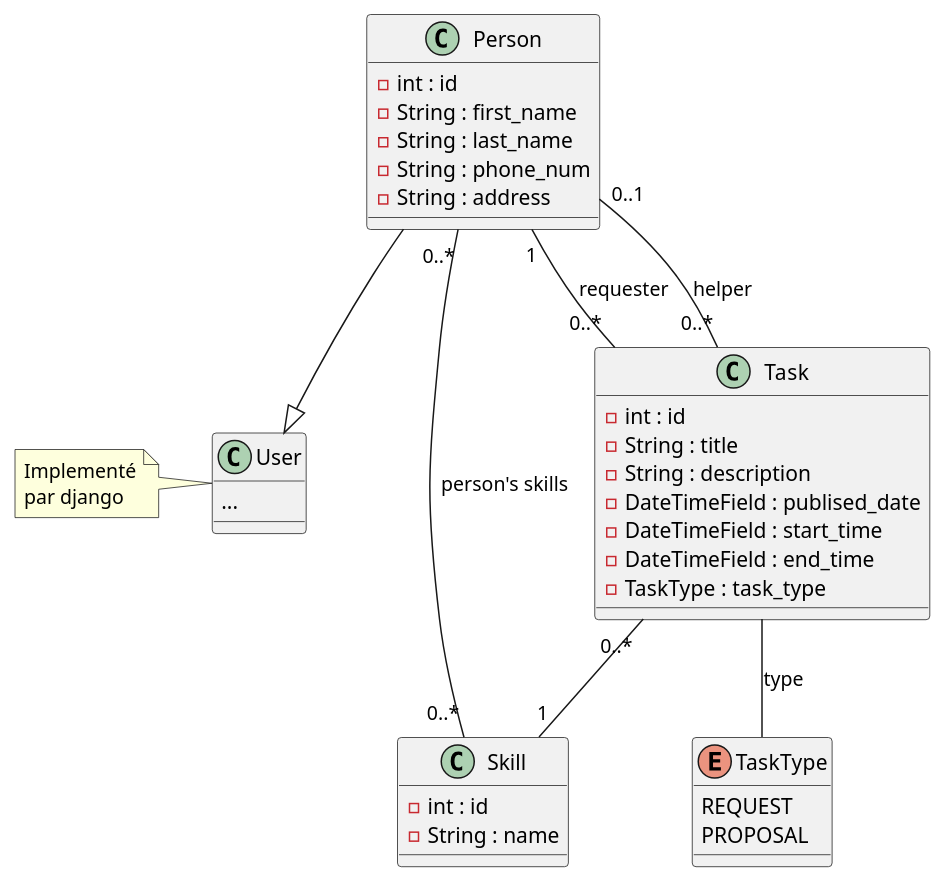
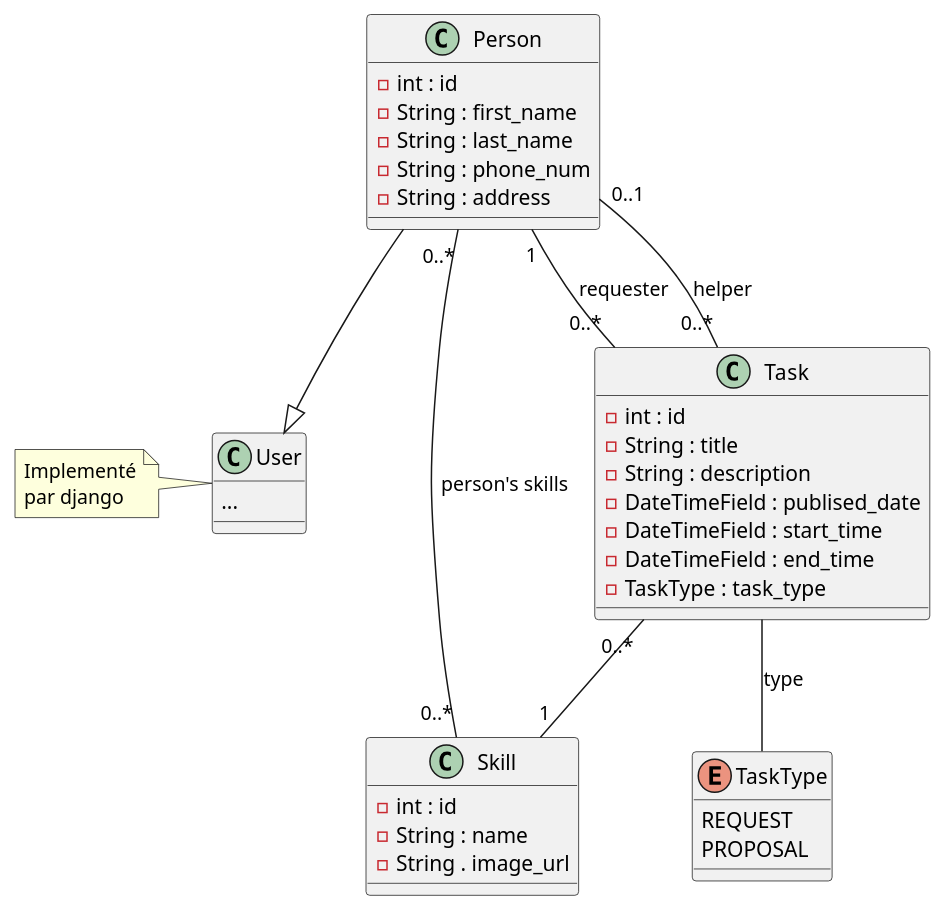
The diagram in Docs/class.puml (rdpt03/FMS-PYDJANGO-EVAL-Partage-Competences), drawn with PlantUML before and after one commit. The commit also changed 1 other file, not shown here.

Commit message:
add image_url to Skill

```diff
--- a/Docs/class.puml
+++ b/Docs/class.puml
@@ -1,49 +1,50 @@
 @startuml
 'https://plantuml.com/class-diagram
 
 
 class Person {
     -int : id
     -String : first_name
     -String : last_name
     -String : phone_num
     -String : address
 }
 class Skill {
     -int : id
     -String : name
+    -String . image_url
 }
 
 class Task {
     -int : id
     -String : title
     -String : description
     -DateTimeField : publised_date
     -DateTimeField : start_time
     -DateTimeField : end_time
     -TaskType : task_type
 }
 
 enum TaskType{
     REQUEST
     PROPOSAL
 }
 
 class User{
     ...
 }
 note left of User
     Implementé
     par django
 end note
 
 ' connections
 Person --|> User
 Person "0..*" -- "0..*" Skill : person's skills
 Person "1" -- "0..*" Task : requester
 Person "0..1" -- "0..*" Task : helper
 Task -- TaskType : type
 Task "0..*" -- "1" Skill
 
 
 @enduml
```
